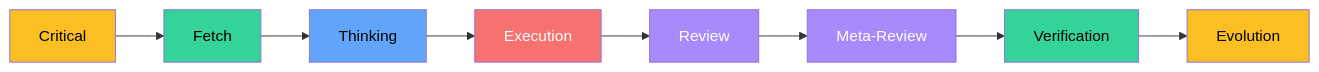
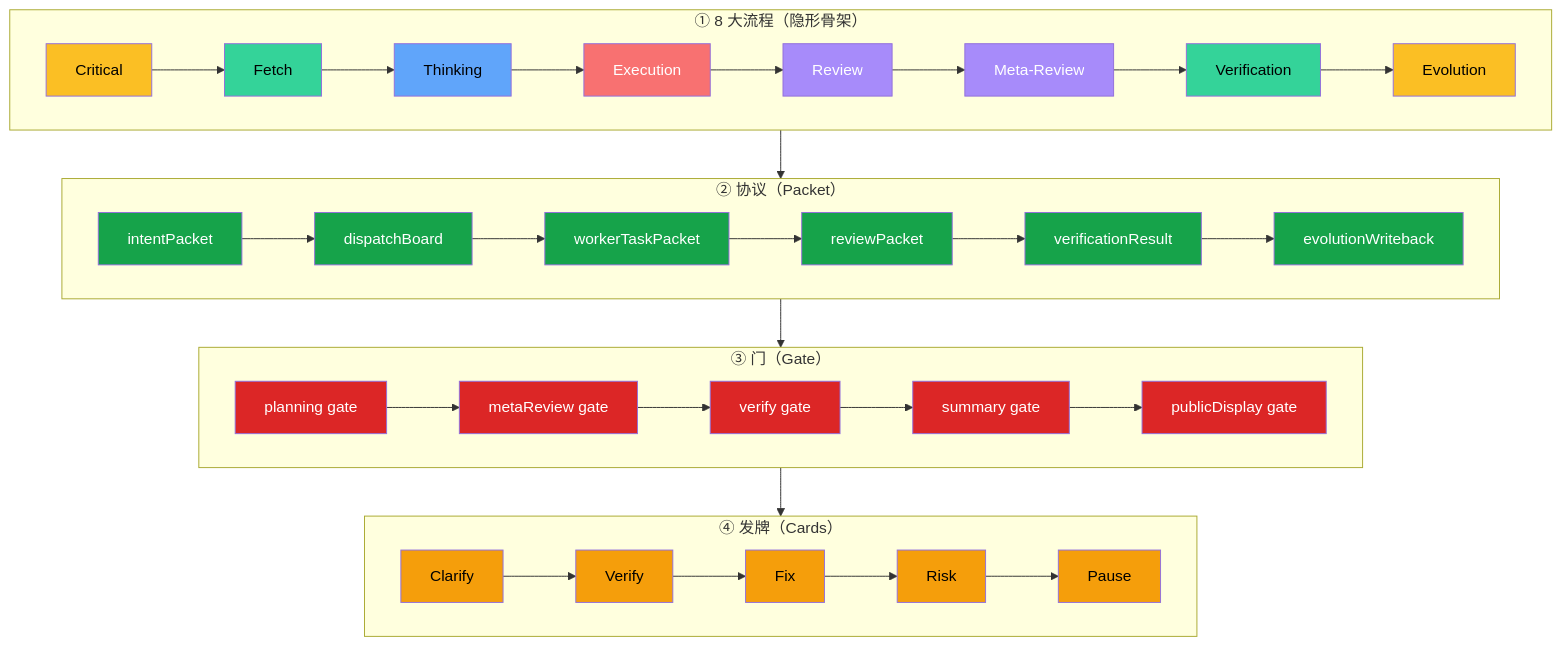
Before and after one commit to delphi007/ai-study: the fourth of 4 diagrams in Meta_Kim/00-Meta_Kim 入门概览.md, drawn with Mermaid. The commit also changed 1 other file, not shown here.

Commit message:
chore: sync vault content 2026-06-20

````diff
--- a/Meta_Kim/00-Meta_Kim 入门概览.md
+++ b/Meta_Kim/00-Meta_Kim 入门概览.md
@@ -369,14 +369,53 @@
 ```mermaid
-flowchart LR
-    C1[Critical] --> F1[Fetch] --> T1[Thinking] --> E1[Execution]
-    E1 --> R1[Review] --> MR1[Meta-Review] --> V1[Verification] --> EV1[Evolution]
+flowchart TB
+    subgraph sgA["① 8 大流程（隐形骨架）"]
+        C1[Critical] --> F1[Fetch] --> T1[Thinking] --> E1[Execution]
+        E1 --> R1[Review] --> MR1[Meta-Review] --> V1[Verification] --> EV1[Evolution]
+    end
+
+    subgraph sgB["② 协议（Packet）"]
+        P1["intentPacket"] --> P2["dispatchBoard"] --> P3["workerTaskPacket"]
+        P3 --> P4["reviewPacket"] --> P5["verificationResult"] --> P6["evolutionWriteback"]
+    end
+
+    subgraph sgC["③ 门（Gate）"]
+        G1["planning gate"] --> G2["metaReview gate"] --> G3["verify gate"]
+        G3 --> G4["summary gate"] --> G5["publicDisplay gate"]
+    end
+
+    subgraph sgD["④ 发牌（Cards）"]
+        D1["Clarify"] --> D2["Verify"] --> D3["Fix"] --> D4["Risk"] --> D5["Pause"]
+    end
+
+    sgA --> sgB
+    sgB --> sgC
+    sgC --> sgD
 
     style C1 fill:#fbbf24,color:#000
     style F1 fill:#34d399,color:#000
     style T1 fill:#60a5fa,color:#000
     style E1 fill:#f87171,color:#fff
     style R1 fill:#a78bfa,color:#fff
     style MR1 fill:#a78bfa,color:#fff
     style V1 fill:#34d399,color:#000
     style EV1 fill:#fbbf24,color:#000
+
+    style P1 fill:#16a34a,color:#fff
+    style P2 fill:#16a34a,color:#fff
+    style P3 fill:#16a34a,color:#fff
+    style P4 fill:#16a34a,color:#fff
+    style P5 fill:#16a34a,color:#fff
+    style P6 fill:#16a34a,color:#fff
+
+    style G1 fill:#dc2626,color:#fff
+    style G2 fill:#dc2626,color:#fff
+    style G3 fill:#dc2626,color:#fff
+    style G4 fill:#dc2626,color:#fff
+    style G5 fill:#dc2626,color:#fff
+
+    style D1 fill:#f59e0b,color:#000
+    style D2 fill:#f59e0b,color:#000
+    style D3 fill:#f59e0b,color:#000
+    style D4 fill:#f59e0b,color:#000
+    style D5 fill:#f59e0b,color:#000
 ```
````
